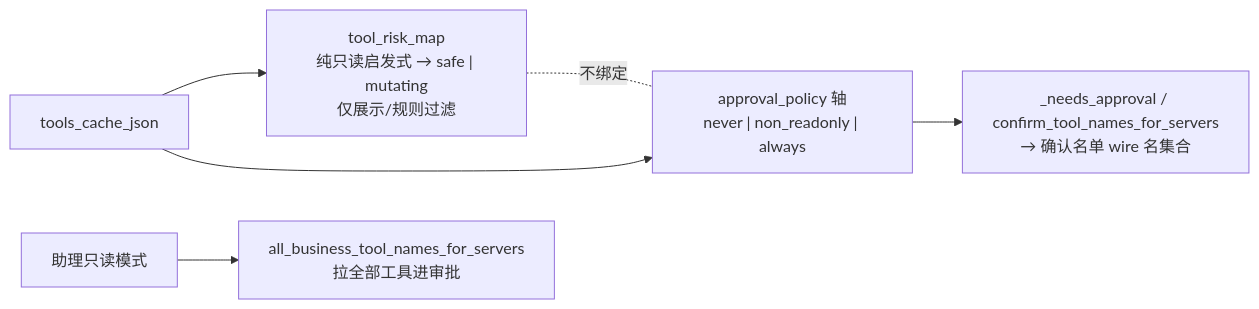
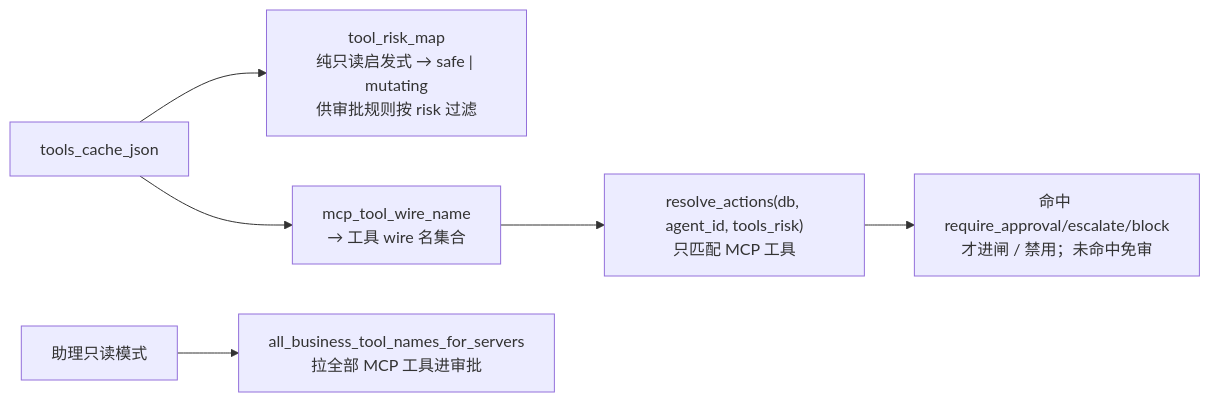
The sixth of 6 diagrams in backend/app/knowledge_base/concepts/MCP全链路架构.md (isfangmk/crewlab), drawn with Mermaid before and after one commit. The commit also changed other lines of this file and 72 other files, not shown here.

````diff
--- a/backend/app/knowledge_base/concepts/MCP全链路架构.md
+++ b/backend/app/knowledge_base/concepts/MCP全链路架构.md
@@ -152,8 +152,8 @@
 ```mermaid
 flowchart LR
-  CACHE["tools_cache_json"] --> RISK["tool_risk_map<br/>纯只读启发式 → safe | mutating<br/>仅展示/规则过滤"]
-  CACHE --> APP["approval_policy 轴<br/>never | non_readonly | always"]
-  APP --> NEED["_needs_approval / confirm_tool_names_for_servers<br/>→ 确认名单 wire 名集合"]
-  RISK -. "不绑定" .- APP
-  RO["助理只读模式"] --> ALL["all_business_tool_names_for_servers<br/>拉全部工具进审批"]
+  CACHE["tools_cache_json"] --> RISK["tool_risk_map<br/>纯只读启发式 → safe | mutating<br/>供审批规则按 risk 过滤"]
+  CACHE --> WIRE["mcp_tool_wire_name<br/>→ 工具 wire 名集合"]
+  WIRE --> RULES["resolve_actions(db, agent_id, tools_risk)<br/>只匹配 MCP 工具"]
+  RULES --> GATE["命中 require_approval/escalate/block<br/>才进闸 / 禁用；未命中免审"]
+  RO["助理只读模式"] --> ALL["all_business_tool_names_for_servers<br/>拉全部 MCP 工具进审批"]
 ```
````
